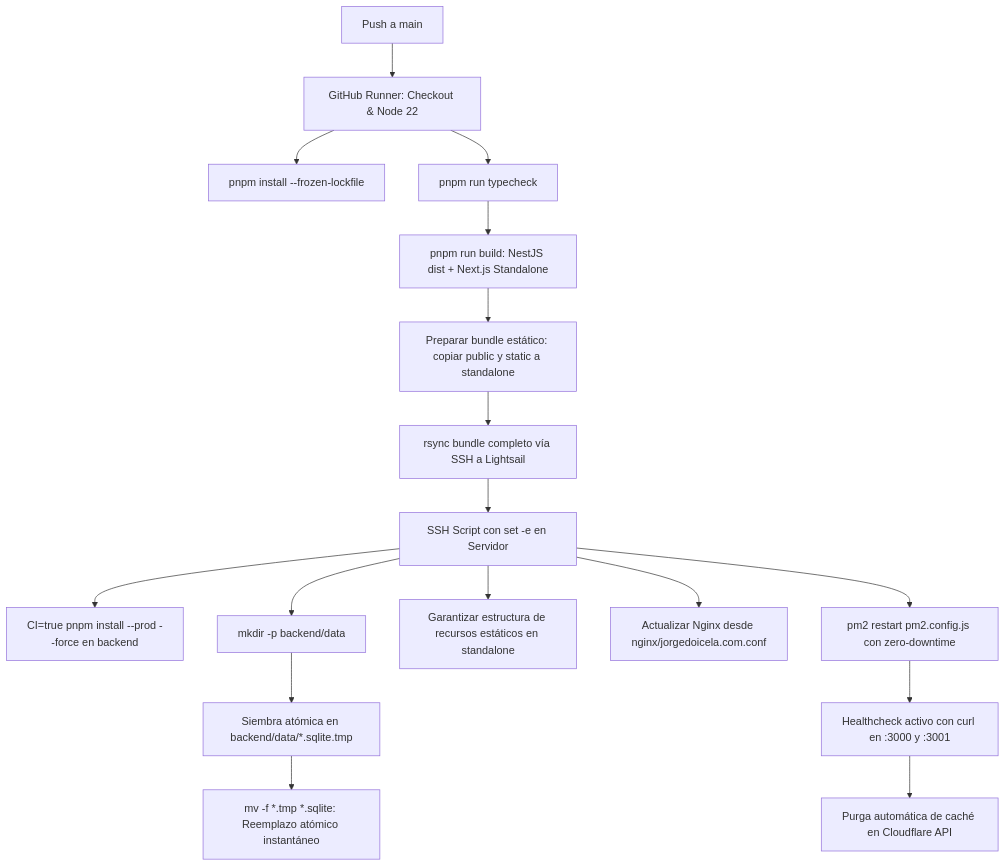
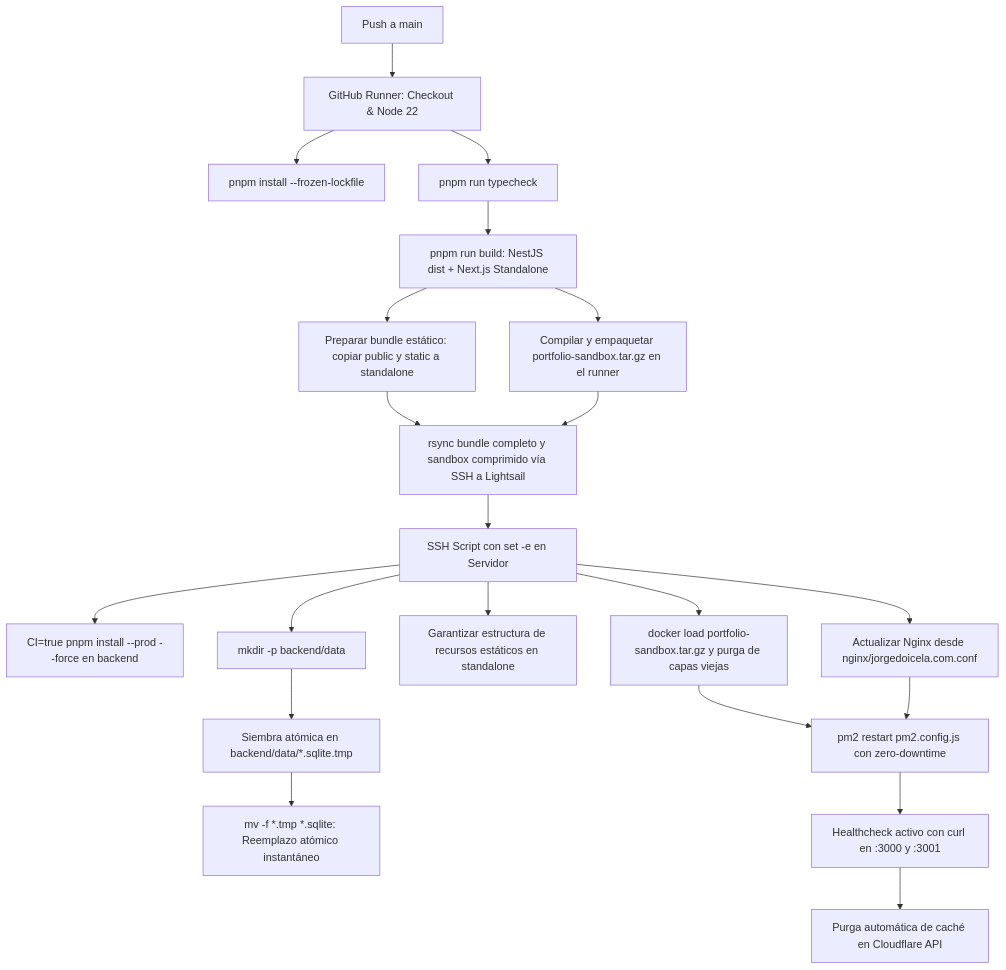
One commit to JorgeDoicela/jorge_doicela changed the diagram in docs/01-infraestructura-global/02-despliegue-y-servidor/01_despliegue_pm2_y_cicd.md. Above: the diagram before and after it, drawn with Mermaid. The commit also changed other lines of this file and 3 other files, not shown here.

Commit message:
ci(docker): delegar compilacion de sandbox a runner y carga atomica con prune en vps

````diff
--- a/docs/01-infraestructura-global/02-despliegue-y-servidor/01_despliegue_pm2_y_cicd.md
+++ b/docs/01-infraestructura-global/02-despliegue-y-servidor/01_despliegue_pm2_y_cicd.md
@@ -425,19 +425,23 @@
 ```mermaid
 graph TD
     A[Push a main] --> B[GitHub Runner: Checkout & Node 22]
     B --> C[pnpm install --frozen-lockfile]
     B --> D[pnpm run typecheck]
     D --> E[pnpm run build: NestJS dist + Next.js Standalone]
     E --> F[Preparar bundle estático: copiar public y static a standalone]
-    F --> G[rsync bundle completo vía SSH a Lightsail]
+    E --> F2[Compilar y empaquetar portfolio-sandbox.tar.gz en el runner]
+    F --> G[rsync bundle completo y sandbox comprimido vía SSH a Lightsail]
+    F2 --> G
     G --> H[SSH Script con set -e en Servidor]
     H --> I[CI=true pnpm install --prod --force en backend]
     H --> I3[mkdir -p backend/data]
     I3 --> J[Siembra atómica en backend/data/*.sqlite.tmp]
     J --> J2[mv -f *.tmp *.sqlite: Reemplazo atómico instantáneo]
     H --> K[Garantizar estructura de recursos estáticos en standalone]
     H --> L[Actualizar Nginx desde nginx/jorgedoicela.com.conf]
-    H --> M[pm2 restart pm2.config.js con zero-downtime]
+    H --> L2[docker load portfolio-sandbox.tar.gz y purga de capas viejas]
+    L2 --> M[pm2 restart pm2.config.js con zero-downtime]
+    L --> M
     M --> N[Healthcheck activo con curl en :3000 y :3001]
     N --> O[Purga automática de caché en Cloudflare API]
 ```
````
